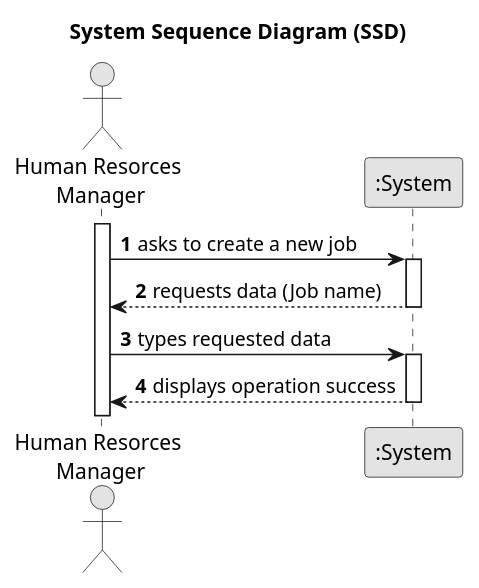
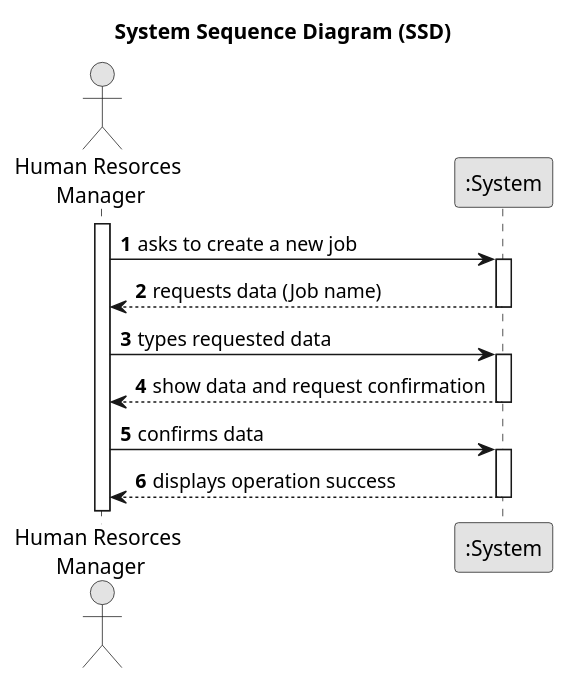
One commit to Mendoncaa/LAPR2 changed the diagram in docs/sprintA/us002/01.requirements-engineering/puml/us002-system-sequence-diagram.puml. Above: the diagram before and after it, drawn with PlantUML. The commit also changed 3 other files, not shown here.

```diff
--- a/docs/sprintA/us002/01.requirements-engineering/puml/us002-system-sequence-diagram.puml
+++ b/docs/sprintA/us002/01.requirements-engineering/puml/us002-system-sequence-diagram.puml
@@ -1,27 +1,33 @@
 @startuml
 skinparam monochrome true
 skinparam packageStyle rectangle
 skinparam shadowing false
 
 title System Sequence Diagram (SSD)
 
 autonumber
 
 actor "Human Resorces\n Manager" as Employee
 participant ":System" as System
 
 activate Employee
 
     Employee -> System : asks to create a new job
     activate System
 
         System --> Employee : requests data (Job name)
     deactivate System
 
     Employee -> System : types requested data
     activate System
 
-        System --> Employee : displays operation success
+        System --> Employee : show data and request confirmation
     deactivate System
 
+    Employee -> System : confirms data
+        activate System
+
+            System --> Employee : displays operation success
+        deactivate System
+
 @enduml
```
